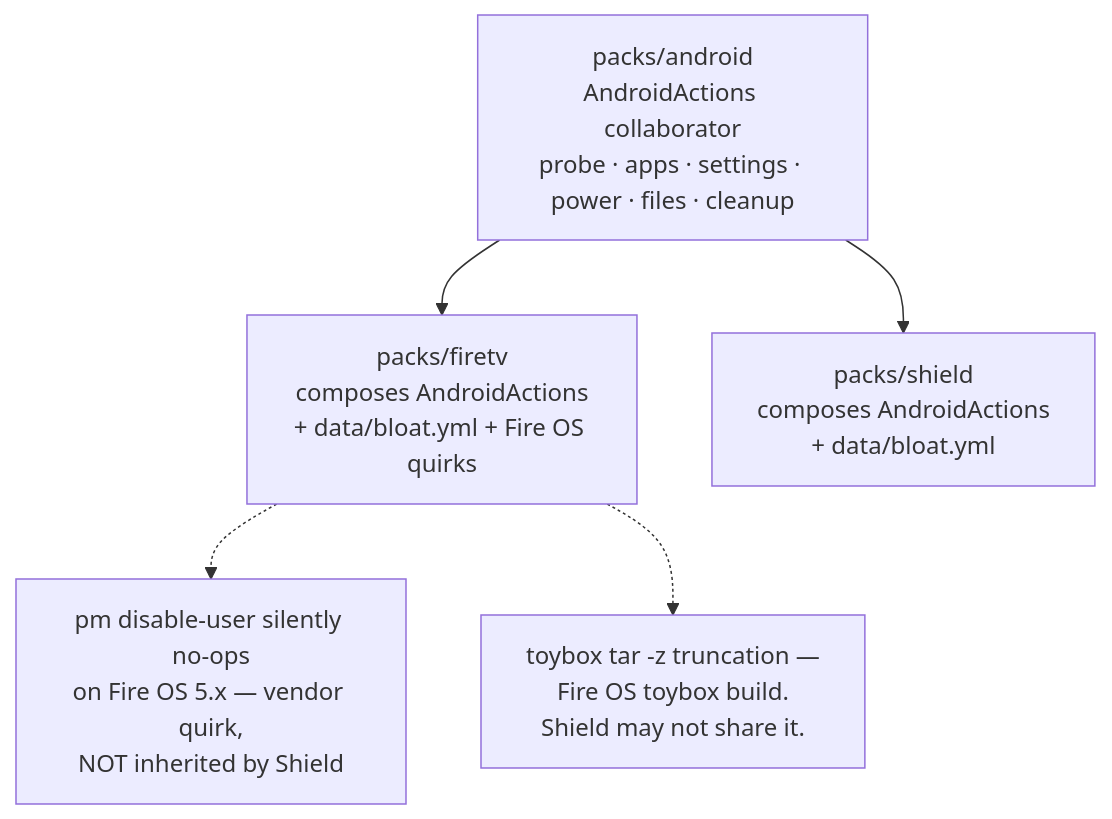
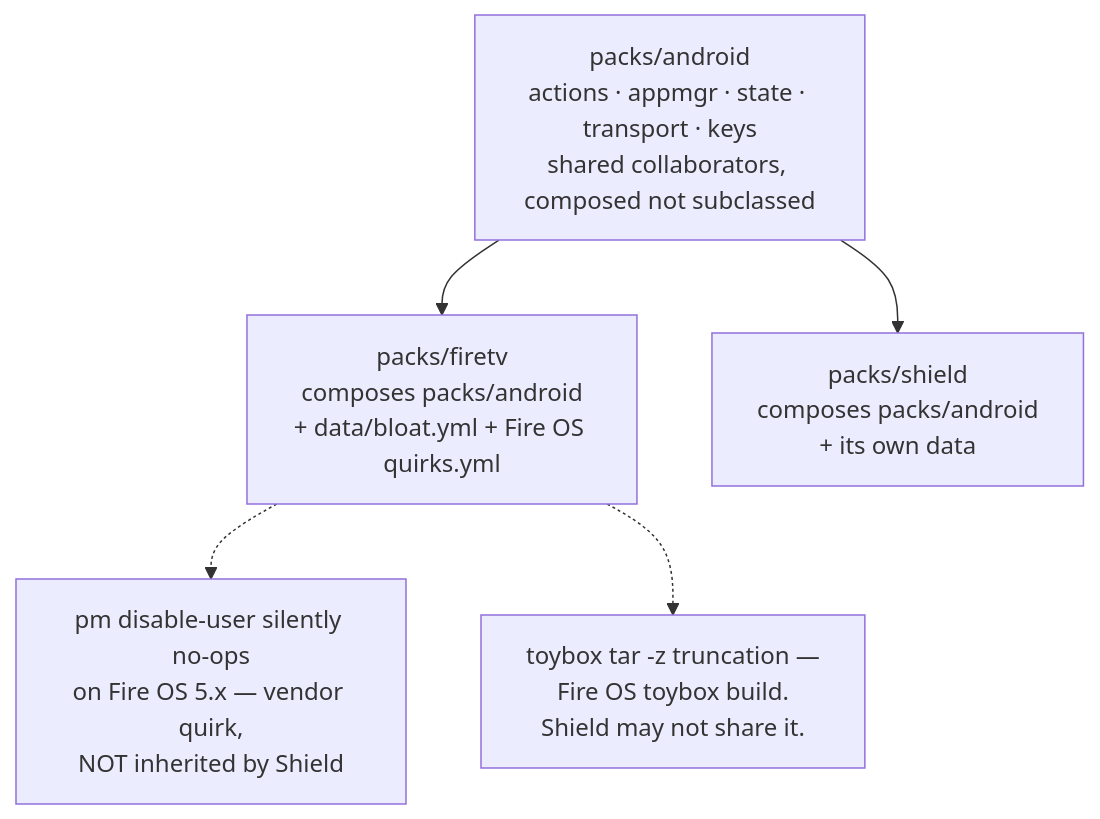
Before and after one commit to salvuswarez/fleetctl: the second of 2 diagrams in docs/pack-authoring.md, drawn with Mermaid. The commit also changed other lines of this file and 17 other files, not shown here.

````diff
--- a/docs/pack-authoring.md
+++ b/docs/pack-authoring.md
@@ -147,14 +159,14 @@
 ```mermaid
 flowchart TB
-    AB["packs/android<br/>AndroidActions collaborator<br/>probe · apps · settings · power · files · cleanup"]
-    FT["packs/firetv<br/>composes AndroidActions<br/>+ data/bloat.yml + Fire OS quirks"]
-    SH["packs/shield<br/>composes AndroidActions<br/>+ data/bloat.yml"]
+    AB["packs/android<br/>actions · appmgr · state · transport · keys<br/>shared collaborators, composed not subclassed"]
+    FT["packs/firetv<br/>composes packs/android<br/>+ data/bloat.yml + Fire OS quirks.yml"]
+    SH["packs/shield<br/>composes packs/android<br/>+ its own data"]
 
     AB --> FT
     AB --> SH
 
     Q1["pm disable-user silently no-ops<br/>on Fire OS 5.x — vendor quirk,<br/>NOT inherited by Shield"]
     Q2["toybox tar -z truncation —<br/>Fire OS toybox build.<br/>Shield may not share it."]
     FT -.-> Q1
     FT -.-> Q2
 ```
````
